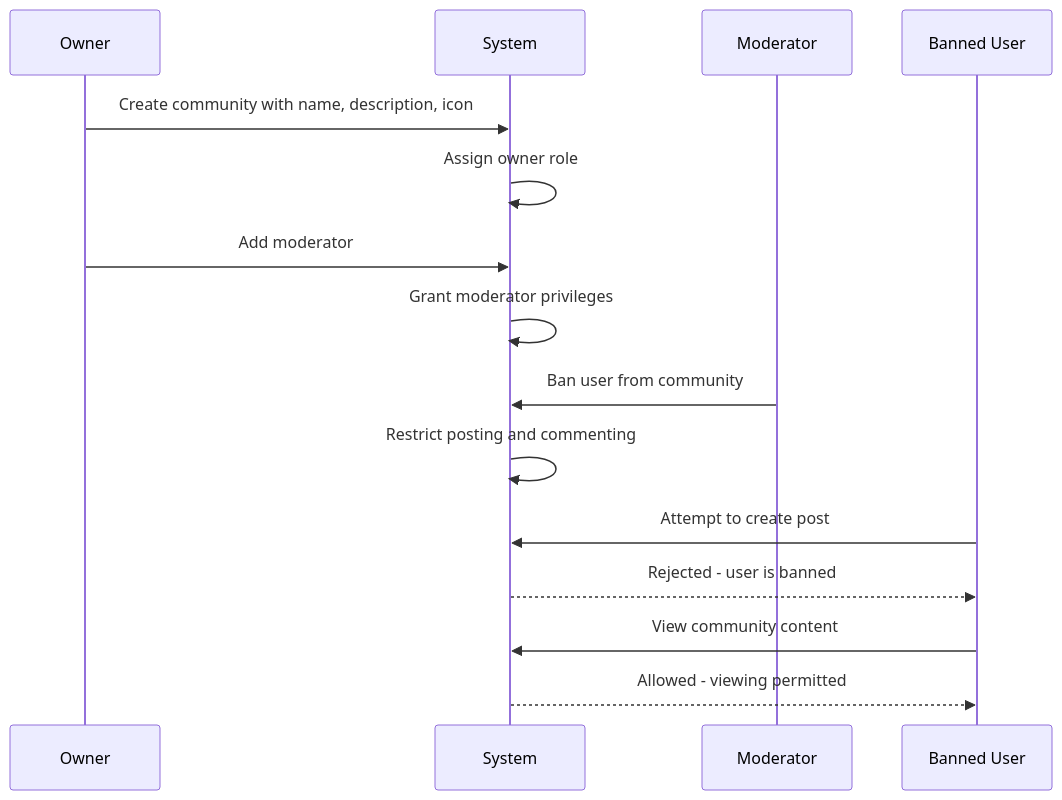
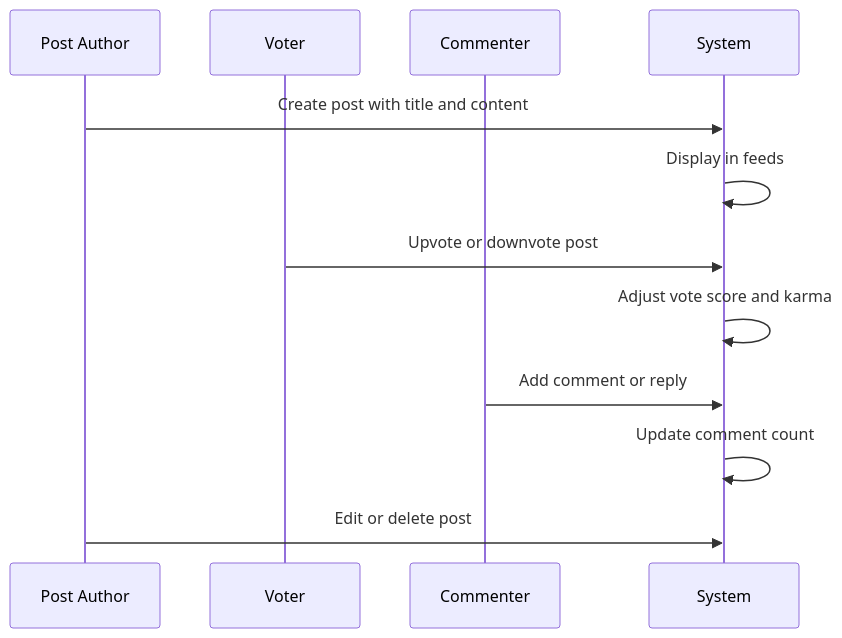
The third of 4 diagrams in qwen/qwen3.5-397b-a17b/reddit/docs/analysis/03-functional-requirements.md (wrtnlabs/autobe-examples), drawn with Mermaid before and after one commit. The commit also changed other lines of this file and 32093 other files, not shown here.

````diff
--- a/qwen/qwen3.5-397b-a17b/reddit/docs/analysis/03-functional-requirements.md
+++ b/qwen/qwen3.5-397b-a17b/reddit/docs/analysis/03-functional-requirements.md
@@ -650,17 +775,14 @@
 ```mermaid
 sequenceDiagram
-    participant O as Owner
+    participant U as Post Author
+    participant V as Voter
+    participant C as Commenter
     participant S as System
-    participant M as Moderator
-    participant B as Banned User
-    O->>S: Create community with name, description, icon
-    S->>S: Assign owner role
-    O->>S: Add moderator
-    S->>S: Grant moderator privileges
-    M->>S: Ban user from community
-    S->>S: Restrict posting and commenting
-    B->>S: Attempt to create post
-    S-->>B: Rejected - user is banned
-    B->>S: View community content
-    S-->>B: Allowed - viewing permitted
+    U->>S: Create post with title and content
+    S->>S: Display in feeds
+    V->>S: Upvote or downvote post
+    S->>S: Adjust vote score and karma
+    C->>S: Add comment or reply
+    S->>S: Update comment count
+    U->>S: Edit or delete post
 ```
````
